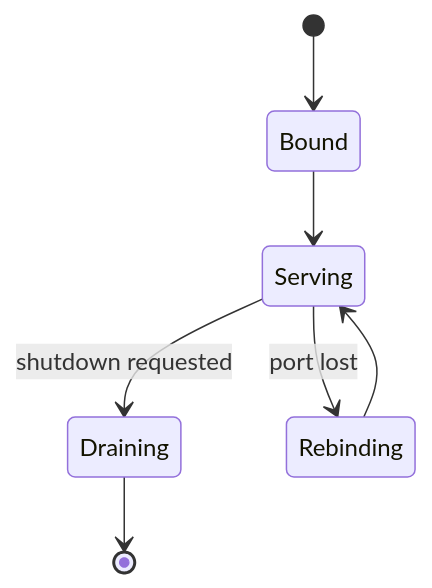
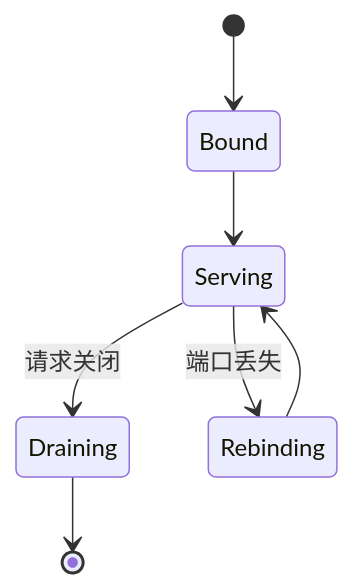
One commit to HSPK/tinyray changed the first of 2 diagrams in docs/03-modules/07-transport.md. Above: the diagram before and after it, drawn with Mermaid. The commit also changed other lines of this file and 33 other files, not shown here.

````diff
--- a/docs/03-modules/07-transport.md
+++ b/docs/03-modules/07-transport.md
@@ -71,9 +66,9 @@
 ```mermaid
 stateDiagram-v2
     [*] --> Bound
     Bound --> Serving
-    Serving --> Draining : shutdown requested
+    Serving --> Draining : 请求关闭
     Draining --> [*]
-    Serving --> Rebinding : port lost
+    Serving --> Rebinding : 端口丢失
     Rebinding --> Serving
 ```
````
